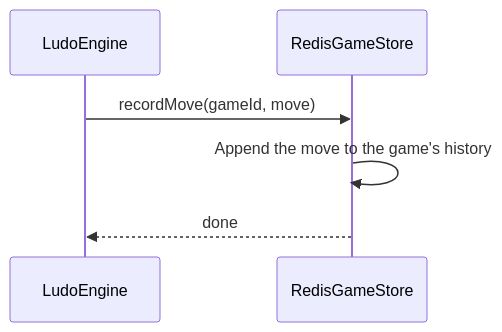
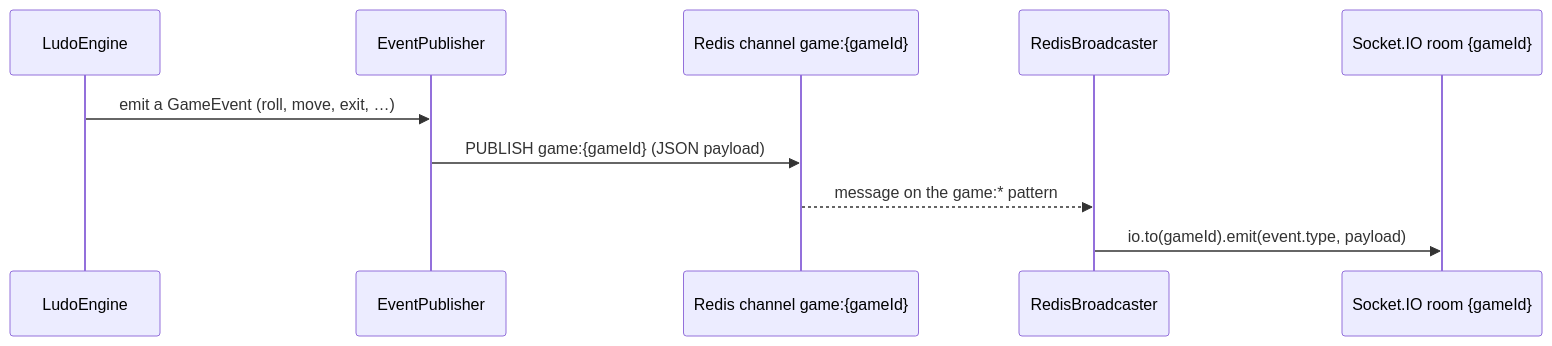
Before and after one commit to J00ZzZ/ft_transcendence: the second of 5 diagrams in docs/ludo-engine/ludo-engine-redis-system.md, drawn with Mermaid. The commit also changed other lines of this file and 31 other files, not shown here.

````diff
--- a/docs/ludo-engine/ludo-engine-redis-system.md
+++ b/docs/ludo-engine/ludo-engine-redis-system.md
@@ -103,9 +110,13 @@
 ```mermaid
 sequenceDiagram
     participant Engine as LudoEngine
-    participant Store as RedisGameStore
+    participant Pub as EventPublisher
+    participant Redis as Redis channel game:{gameId}
+    participant Cast as RedisBroadcaster
+    participant Room as Socket.IO room {gameId}
 
-    Engine->>Store: recordMove(gameId, move)
-    Store->>Store: Append the move to the game's history
-    Store-->>Engine: done
+    Engine->>Pub: emit a GameEvent (roll, move, exit, …)
+    Pub->>Redis: PUBLISH game:{gameId} (JSON payload)
+    Redis-->>Cast: message on the game:* pattern
+    Cast->>Room: io.to(gameId).emit(event.type, payload)
 ```
````
